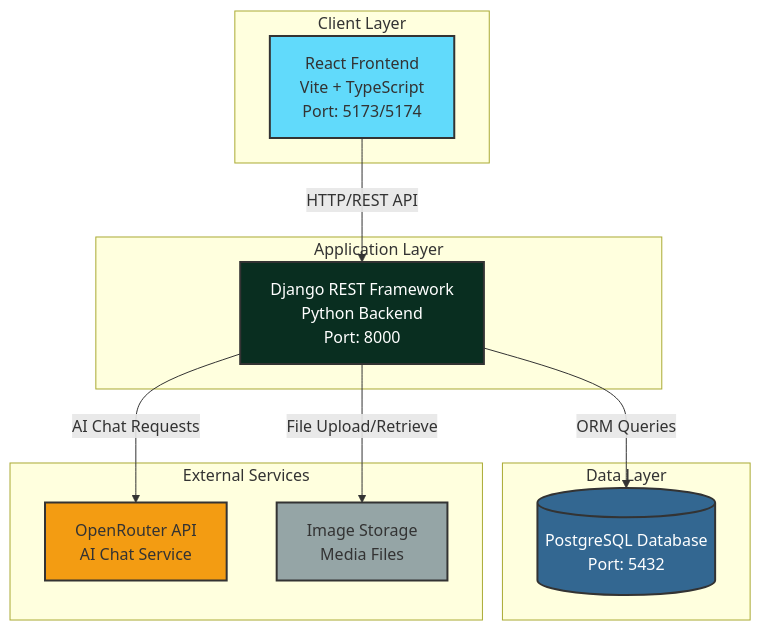
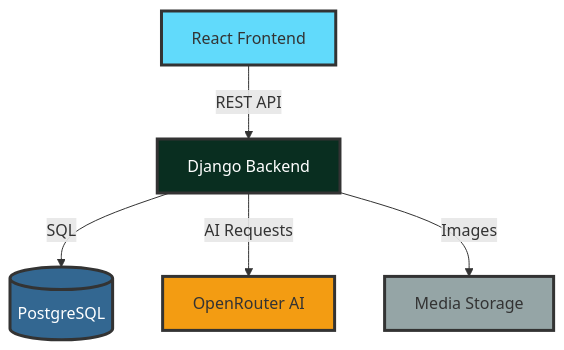
Before and after one commit to Zero123-star/JunoChat: the first of 10 diagrams in DIAGRAM.md, drawn with Mermaid. The commit also changed other lines of this file, not shown here.

First line of the commit message:
Simplify UML diagrams for better readability

````diff
--- a/DIAGRAM.md
+++ b/DIAGRAM.md
@@ -11,30 +11,19 @@
 ```mermaid
 graph TB
-    subgraph "Client Layer"
-        A[React Frontend<br/>Vite + TypeScript<br/>Port: 5173/5174]
-    end
+    A[React Frontend]
+    B[Django Backend]
+    C[(PostgreSQL)]
+    D[OpenRouter AI]
+    E[Media Storage]
     
-    subgraph "Application Layer"
-        B[Django REST Framework<br/>Python Backend<br/>Port: 8000]
-    end
+    A -->|REST API| B
+    B -->|SQL| C
+    B -->|AI Requests| D
+    B -->|Images| E
     
-    subgraph "Data Layer"
-        C[(PostgreSQL Database<br/>Port: 5432)]
-    end
-    
-    subgraph "External Services"
-        D[OpenRouter API<br/>AI Chat Service]
-        E[Image Storage<br/>Media Files]
-    end
-    
-    A -->|HTTP/REST API| B
-    B -->|ORM Queries| C
-    B -->|AI Chat Requests| D
-    B -->|File Upload/Retrieve| E
-    
-    style A fill:#61dafb,stroke:#333,stroke-width:2px
-    style B fill:#092e20,stroke:#333,stroke-width:2px,color:#fff
-    style C fill:#336791,stroke:#333,stroke-width:2px,color:#fff
-    style D fill:#f39c12,stroke:#333,stroke-width:2px
-    style E fill:#95a5a6,stroke:#333,stroke-width:2px
+    style A fill:#61dafb,stroke:#333,stroke-width:3px
+    style B fill:#092e20,stroke:#333,stroke-width:3px,color:#fff
+    style C fill:#336791,stroke:#333,stroke-width:3px,color:#fff
+    style D fill:#f39c12,stroke:#333,stroke-width:3px
+    style E fill:#95a5a6,stroke:#333,stroke-width:3px
 ```
````
